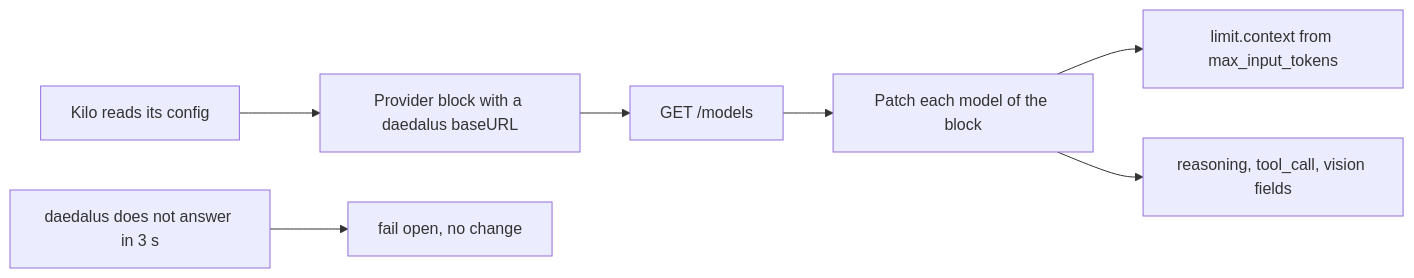
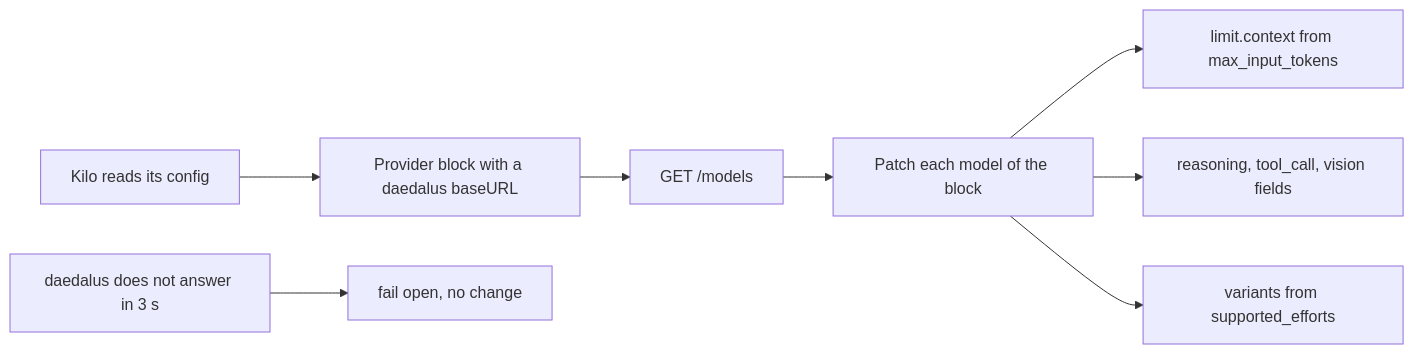
One commit to nemoe7/daedalus changed the diagram in docs/integrations/kilo.md. Above: the diagram before and after it, drawn with Mermaid. The commit also changed other lines of this file and 2 other files, not shown here.

Commit message:
feat(kilo): serve the daedalus effort ladder as variants

````diff
--- a/docs/integrations/kilo.md
+++ b/docs/integrations/kilo.md
@@ -14,9 +14,10 @@
 ```mermaid
 flowchart LR
   A[Kilo reads its config] --> B[Provider block with a daedalus baseURL]
   B --> C[GET /models]
   C --> D[Patch each model of the block]
   D --> E[limit.context from max_input_tokens]
   D --> F[reasoning, tool_call, vision fields]
+  D --> I[variants from supported_efforts]
   G[daedalus does not answer in 3 s] --> H[fail open, no change]
 ```
````
